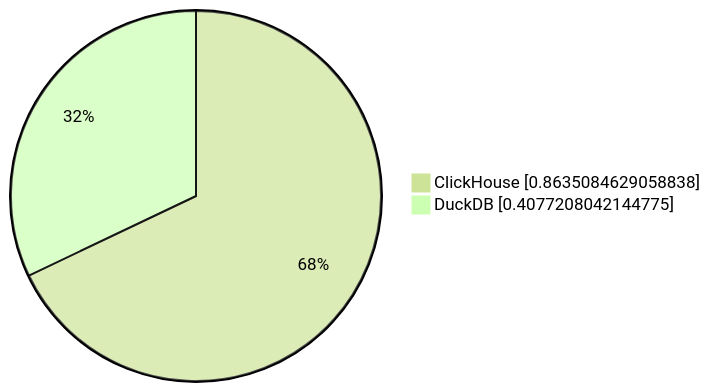
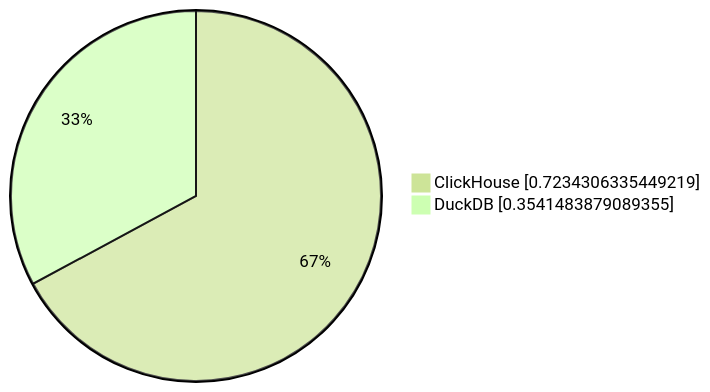
One commit to Altinity/clickhouse-regression changed diagram 11 of 19 in parquet/performance/results/hits/23.11.1.2711-alpine/README.md. Above: the diagram before and after it, drawn with Mermaid (forest theme). The commit also changed other lines of this file and 8 other files, not shown here.

````diff
--- a/parquet/performance/results/hits/23.11.1.2711-alpine/README.md
+++ b/parquet/performance/results/hits/23.11.1.2711-alpine/README.md
@@ -110,5 +110,5 @@
 ```mermaid
      pie showData
-         "ClickHouse" : 0.8635084629058838
-         "DuckDB" : 0.4077208042144775
+         "ClickHouse" : 0.7234306335449219
+         "DuckDB" : 0.3541483879089355
 ```
````
